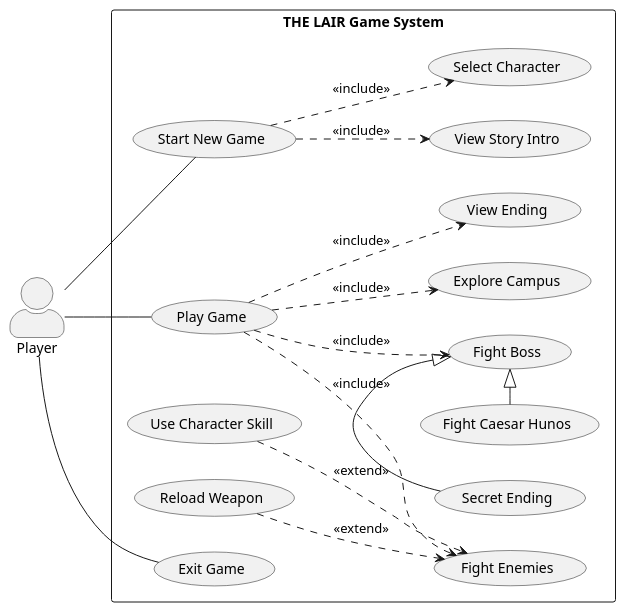
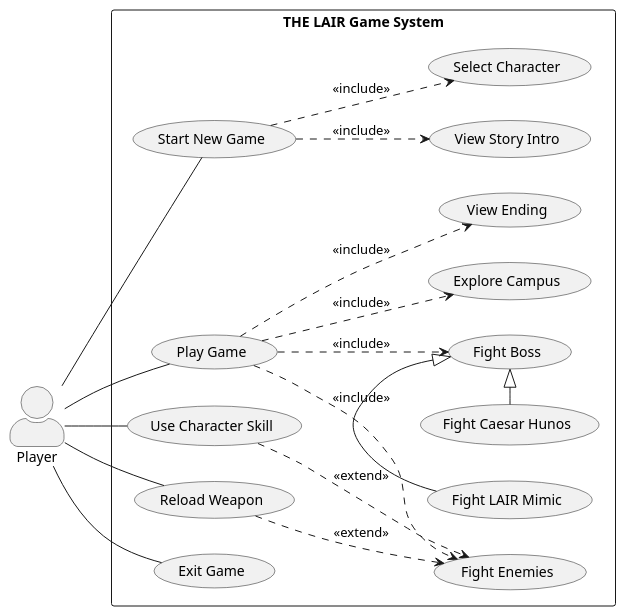
The diagram in docs/use-case-diagram.puml (x1ren/Lair---FinalOOP-project), drawn with PlantUML before and after one commit. The commit also changed 4 other files, not shown here.

Commit message:
docs(uml): sync documentation with revised story flow

```diff
--- a/docs/use-case-diagram.puml
+++ b/docs/use-case-diagram.puml
@@ -1,42 +1,44 @@
 @startuml
 left to right direction
 skinparam packageStyle rectangle
 skinparam actorStyle awesome
 
 actor Player
 
 rectangle "THE LAIR Game System" {
   usecase "Start New Game" as UC_Start
   usecase "View Story Intro" as UC_Intro
   usecase "Select Character" as UC_SelectCharacter
   usecase "Play Game" as UC_Play
   usecase "Explore Campus" as UC_Explore
   usecase "Fight Enemies" as UC_FightEnemies
   usecase "Fight Boss" as UC_FightBoss
   usecase "Fight Caesar Hunos" as UC_Caesar
-  usecase "Secret Ending" as UC_Khai
+  usecase "Fight LAIR Mimic" as UC_Khai
   usecase "Use Character Skill" as UC_Skill
   usecase "Reload Weapon" as UC_Reload
   usecase "View Ending" as UC_Ending
   usecase "Exit Game" as UC_Exit
 }
 
 Player -- UC_Start
 Player -- UC_Play
+Player -- UC_Skill
+Player -- UC_Reload
 Player -- UC_Exit
 
 UC_Start ..> UC_Intro : <<include>>
 UC_Start ..> UC_SelectCharacter : <<include>>
 
 UC_Play ..> UC_Explore : <<include>>
 UC_Play ..> UC_FightEnemies : <<include>>
 UC_Play ..> UC_FightBoss : <<include>>
 UC_Play ..> UC_Ending : <<include>>
 
 UC_Skill ..> UC_FightEnemies : <<extend>>
 UC_Reload ..> UC_FightEnemies : <<extend>>
 
 UC_Caesar -|> UC_FightBoss
 UC_Khai -|> UC_FightBoss
 
 @enduml
```
